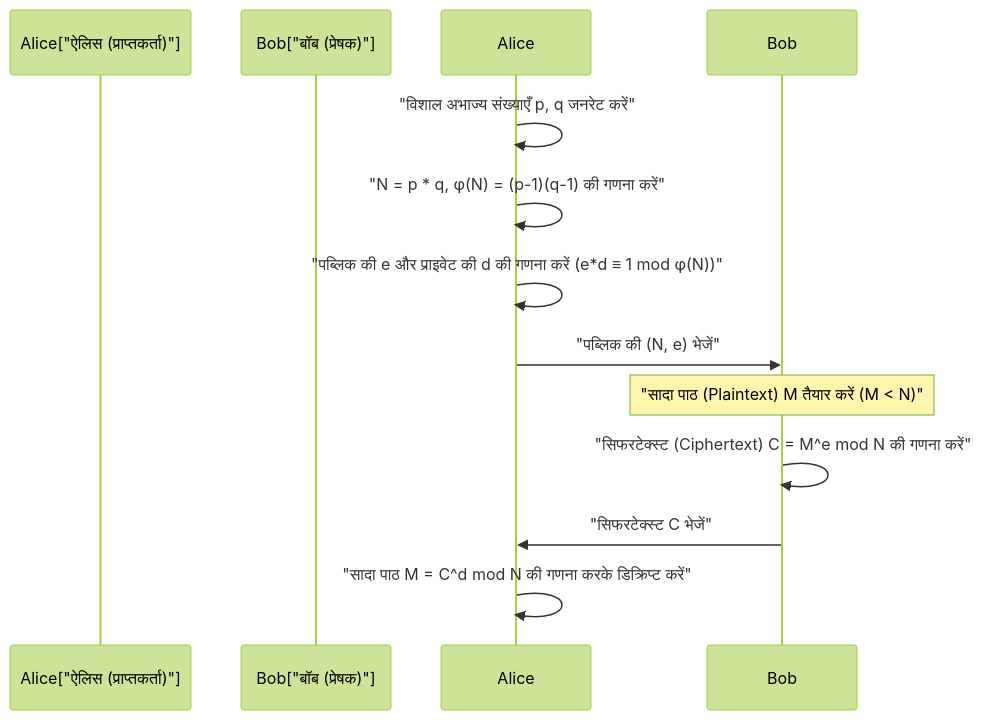
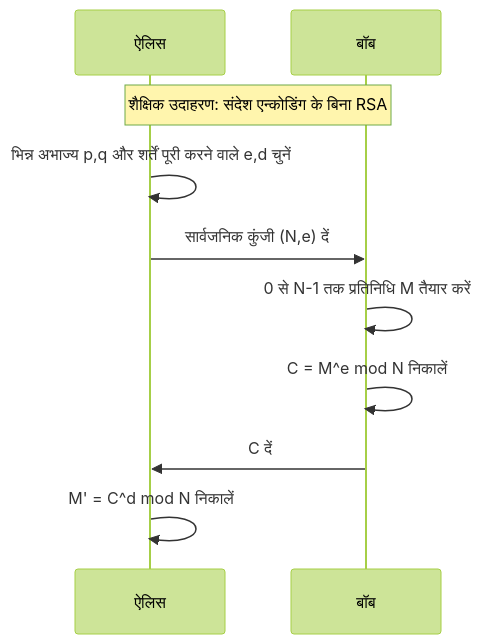
Before and after one commit to kenjinote/blog: the second of 2 diagrams in content/post/フェルマーの小定理と暗号化/index.hi.md, drawn with Mermaid (forest theme). The commit also changed other lines of this file and 5 other files, not shown here.

````diff
--- a/content/post/フェルマーの小定理と暗号化/index.hi.md
+++ b/content/post/フェルマーの小定理と暗号化/index.hi.md
@@ -295,14 +210,12 @@
 ```mermaid
 sequenceDiagram
-    participant Alice["ऐलिस (प्राप्तकर्ता)"]
-    participant Bob["बॉब (प्रेषक)"]
-    
-    Alice->>Alice: "विशाल अभाज्य संख्याएँ p, q जनरेट करें"
-    Alice->>Alice: "N = p * q, φ(N) = (p-1)(q-1) की गणना करें"
-    Alice->>Alice: "पब्लिक की e और प्राइवेट की d की गणना करें (e*d ≡ 1 mod φ(N))"
-    Alice->>Bob: "पब्लिक की (N, e) भेजें"
-    Note over Bob: "सादा पाठ (Plaintext) M तैयार करें (M < N)"
-    Bob->>Bob: "सिफरटेक्स्ट (Ciphertext) C = M^e mod N की गणना करें"
-    Bob->>Alice: "सिफरटेक्स्ट C भेजें"
-    Alice->>Alice: "सादा पाठ M = C^d mod N की गणना करके डिक्रिप्ट करें"
+    participant Alice as ऐलिस
+    participant Bob as बॉब
+    Note over Alice,Bob: शैक्षिक उदाहरण: संदेश एन्कोडिंग के बिना RSA
+    Alice->>Alice: भिन्न अभाज्य p,q और शर्तें पूरी करने वाले e,d चुनें
+    Alice->>Bob: सार्वजनिक कुंजी (N,e) दें
+    Bob->>Bob: 0 से N-1 तक प्रतिनिधि M तैयार करें
+    Bob->>Bob: C = M^e mod N निकालें
+    Bob->>Alice: C दें
+    Alice->>Alice: M' = C^d mod N निकालें
 ```
````
